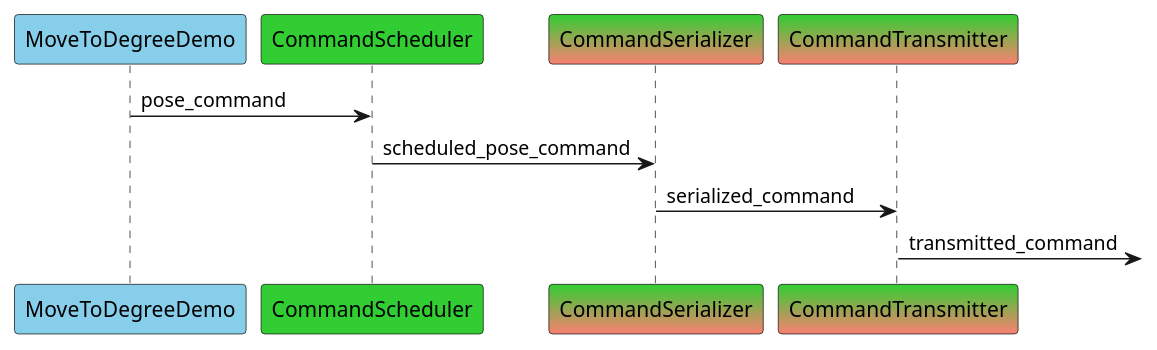
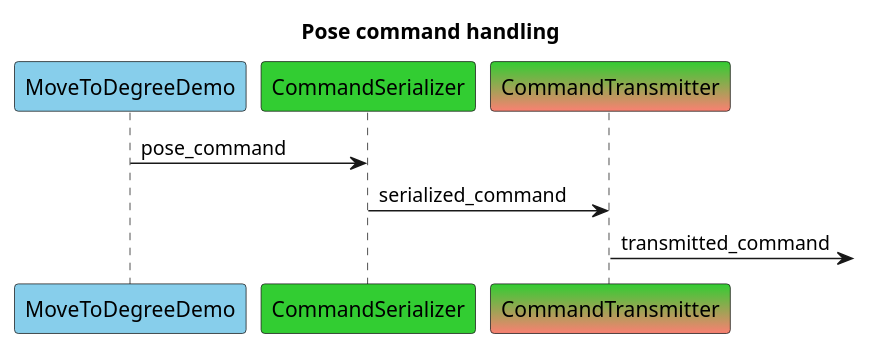
One commit to bscp/al5d_cpp changed the diagram in doc/component_sequence_pose.puml. Above: the diagram before and after it, drawn with PlantUML. The commit also changed 8 other files, not shown here.

Commit message:
Update UML diagrams

```diff
--- a/doc/component_sequence_pose.puml
+++ b/doc/component_sequence_pose.puml
@@ -1,14 +1,15 @@
 @startuml
 
+title Pose command handling
+
 participant MoveToDegreeDemo #SkyBlue
-participant CommandScheduler #LimeGreen
+participant CommandSerializer #LimeGreen
 participant CommandSerializer #LimeGreen-Salmon
 participant CommandTransmitter #LimeGreen-Salmon
 
-    MoveToDegreeDemo -> CommandScheduler:pose_command
+    MoveToDegreeDemo -> CommandSerializer:pose_command
 
-    CommandScheduler -> CommandSerializer:scheduled_pose_command
     CommandSerializer -> CommandTransmitter:serialized_command
     CommandTransmitter ->]:transmitted_command
 
 @enduml
```
